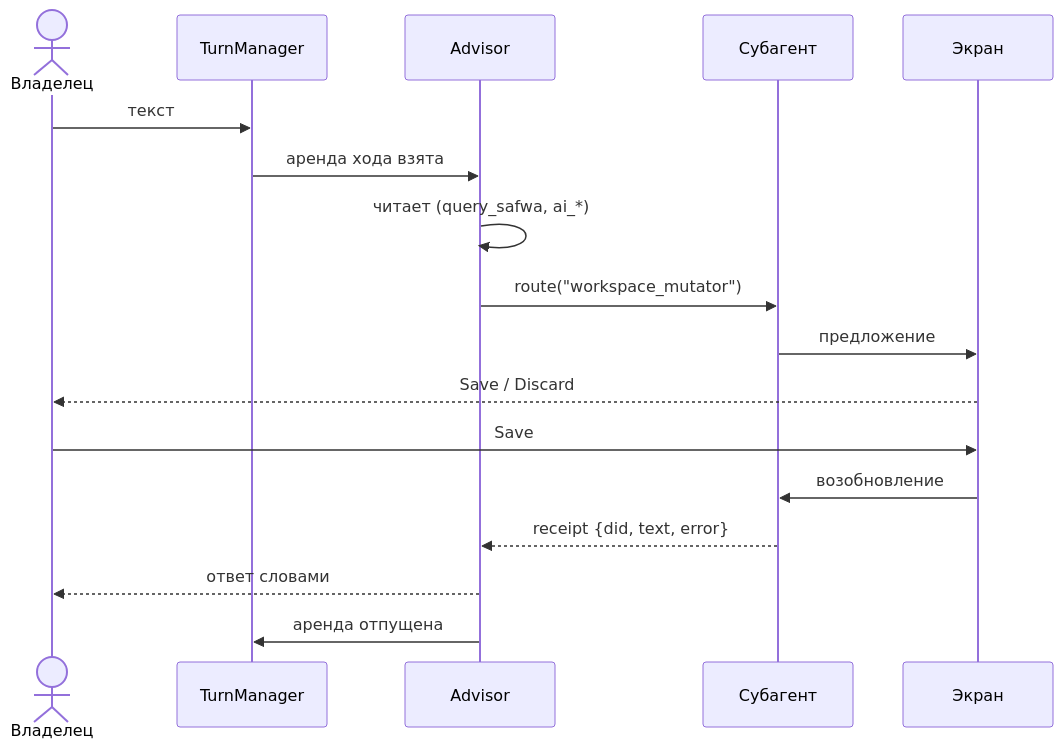
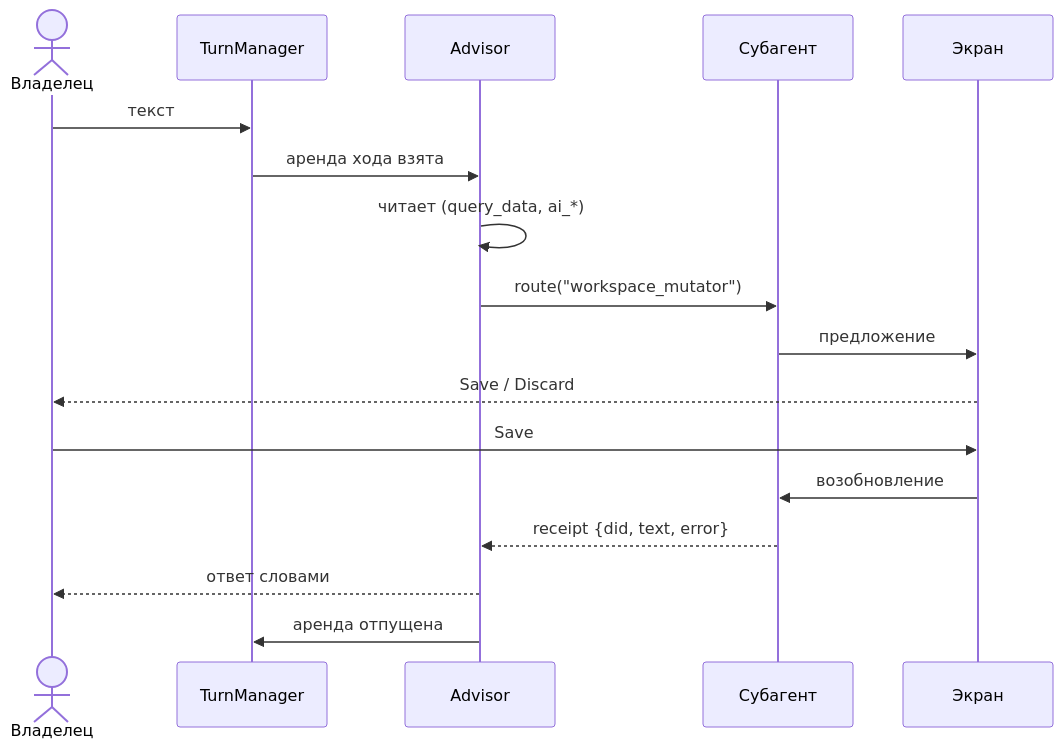
One commit to myvaheed/tg-ai-safwa changed the first of 2 diagrams in docs/diagrams/02-turn.md. Above: the diagram before and after it, drawn with Mermaid. The commit also changed 55 other files, not shown here.

````diff
--- a/docs/diagrams/02-turn.md
+++ b/docs/diagrams/02-turn.md
@@ -6,20 +6,20 @@
 ```mermaid
 sequenceDiagram
     actor O as Владелец
     participant TM as TurnManager
     participant A as Advisor
     participant S as Субагент
     participant UI as Экран
 
     O->>TM: текст
     TM->>A: аренда хода взята
-    A->>A: читает (query_safwa, ai_*)
+    A->>A: читает (query_data, ai_*)
     A->>S: route("workspace_mutator")
     S->>UI: предложение
     UI-->>O: Save / Discard
     O->>UI: Save
     UI->>S: возобновление
     S-->>A: receipt {did, text, error}
     A-->>O: ответ словами
     A->>TM: аренда отпущена
 ```
````
